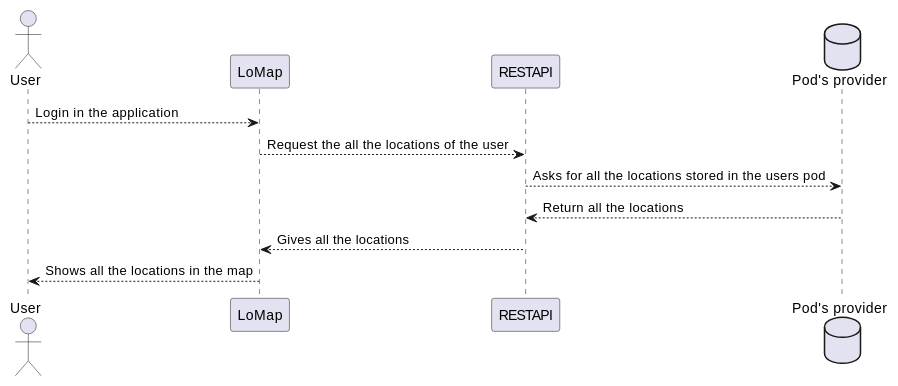
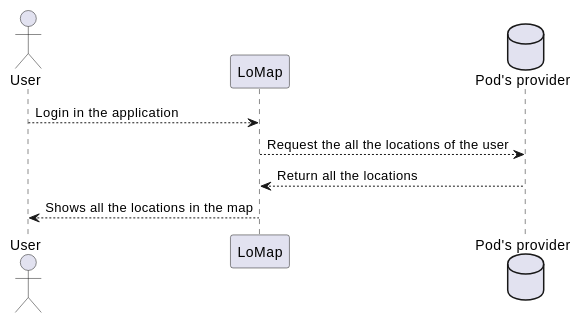
The second of 7 diagrams in docs/06_runtime_view.adoc (Arquisoft/lomap_es1c), drawn with PlantUML before and after one commit. The commit also changed other lines of this file, not shown here.

```diff
--- a/docs/06_runtime_view.adoc
+++ b/docs/06_runtime_view.adoc
@@ -60,13 +55,10 @@
 [plantuml,"Sequence diagram return all location",png]
 ----
 actor User
 Participant LoMap
-participant ra as "RESTAPI"
 database pod as "Pod's provider"
 User --> LoMap: Login in the application
-LoMap --> ra: Request the all the locations of the user
-ra --> pod: Asks for all the locations stored in the users pod
-pod --> ra: Return all the locations
-ra --> LoMap: Gives all the locations
+LoMap --> pod: Request the all the locations of the user
+pod --> LoMap: Return all the locations
 LoMap --> User: Shows all the locations in the map
 ----
```
